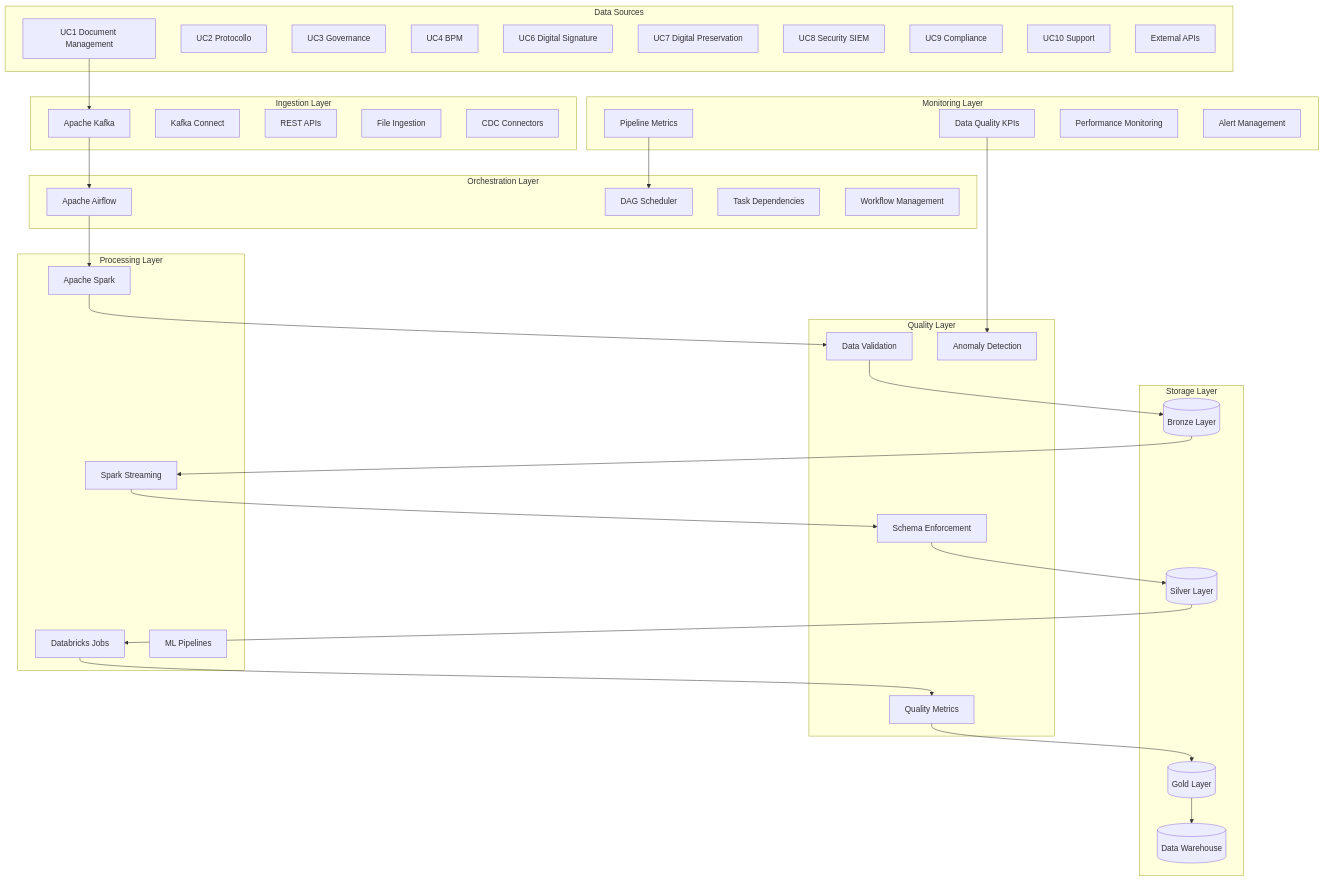
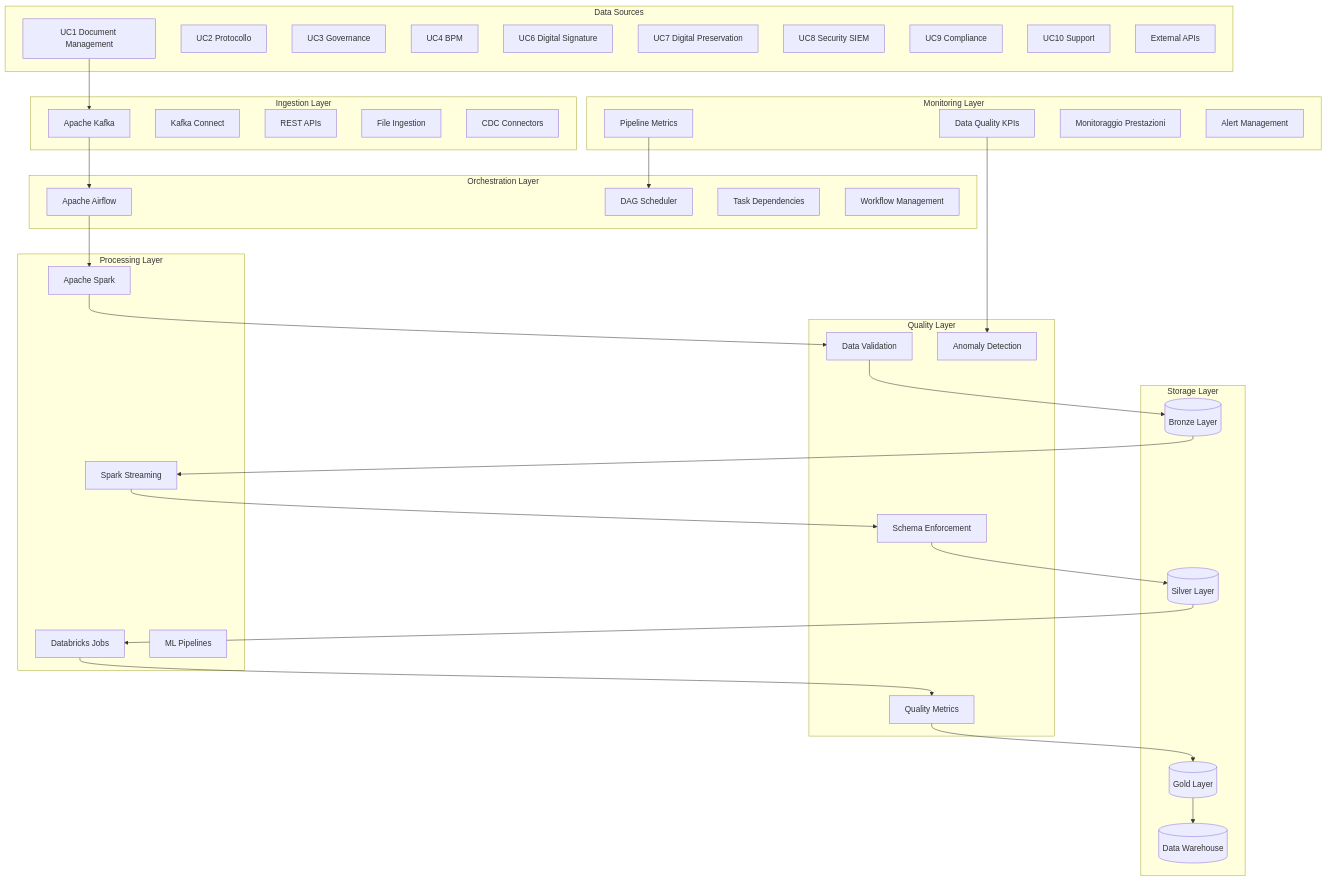
One commit to gianlucaciarcelluti/Interzen.ZenIA changed the diagram in docs/use_cases/UC11 - Analisi Dati e Reporting/01 SP59 - Pipeline ETL e Elaborazione Dati.md. Above: the diagram before and after it, drawn with Mermaid. The commit also changed other lines of this file and 73 other files, not shown here.

````diff
--- a/docs/use_cases/UC11 - Analisi Dati e Reporting/01 SP59 - Pipeline ETL e Elaborazione Dati.md
+++ b/docs/use_cases/UC11 - Analisi Dati e Reporting/01 SP59 - Pipeline ETL e Elaborazione Dati.md
@@ -17,73 +17,73 @@
 ```mermaid
 graph TB
     subgraph "Data Sources"
         A1[UC1 Document Management]
         A2[UC2 Protocollo]
         A3[UC3 Governance]
         A4[UC4 BPM]
         A6[UC6 Digital Signature]
         A7[UC7 Digital Preservation]
         A8[UC8 Security SIEM]
         A9[UC9 Compliance]
         A10[UC10 Support]
         EXT[External APIs]
     end
 
     subgraph "Ingestion Layer"
         K1[Apache Kafka]
         K2[Kafka Connect]
         API1[REST APIs]
         FILE1[File Ingestion]
         DB1[CDC Connectors]
     end
 
     subgraph "Orchestration Layer"
         AF1[Apache Airflow]
         AF2[DAG Scheduler]
         AF3[Task Dependencies]
         AF4[Workflow Management]
     end
 
     subgraph "Processing Layer"
         SP1[Apache Spark]
         SP2[Spark Streaming]
         SP3[Databricks Jobs]
         SP4[ML Pipelines]
     end
 
     subgraph "Quality Layer"
         DQ1[Data Validation]
         DQ2[Schema Enforcement]
         DQ3[Quality Metrics]
         DQ4[Anomaly Detection]
     end
 
     subgraph "Storage Layer"
         DL1[(Bronze Layer)]
         DL2[(Silver Layer)]
         DL3[(Gold Layer)]
         DW1[(Data Warehouse)]
     end
 
     subgraph "Monitoring Layer"
         MON1[Pipeline Metrics]
         MON2[Data Quality KPIs]
-        MON3[Performance Monitoring]
+        MON3[Monitoraggio Prestazioni]
         MON4[Alert Management]
     end
 
     A1 --> K1
     K1 --> AF1
     AF1 --> SP1
     SP1 --> DQ1
     DQ1 --> DL1
     DL1 --> SP2
     SP2 --> DQ2
     DQ2 --> DL2
     DL2 --> SP3
     SP3 --> DQ3
     DQ3 --> DL3
     DL3 --> DW1
     MON1 --> AF2
     MON2 --> DQ4
 ```
````
